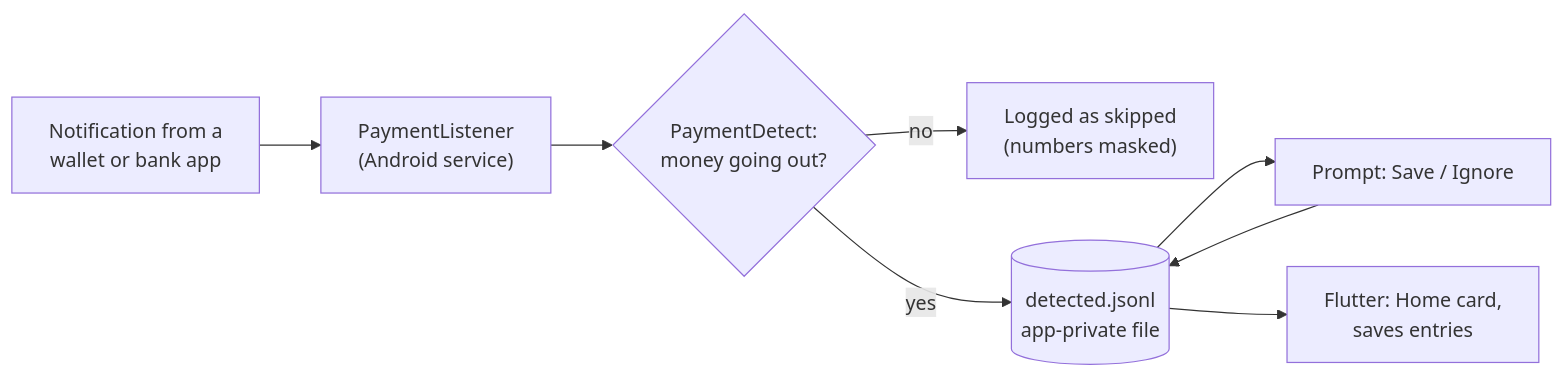
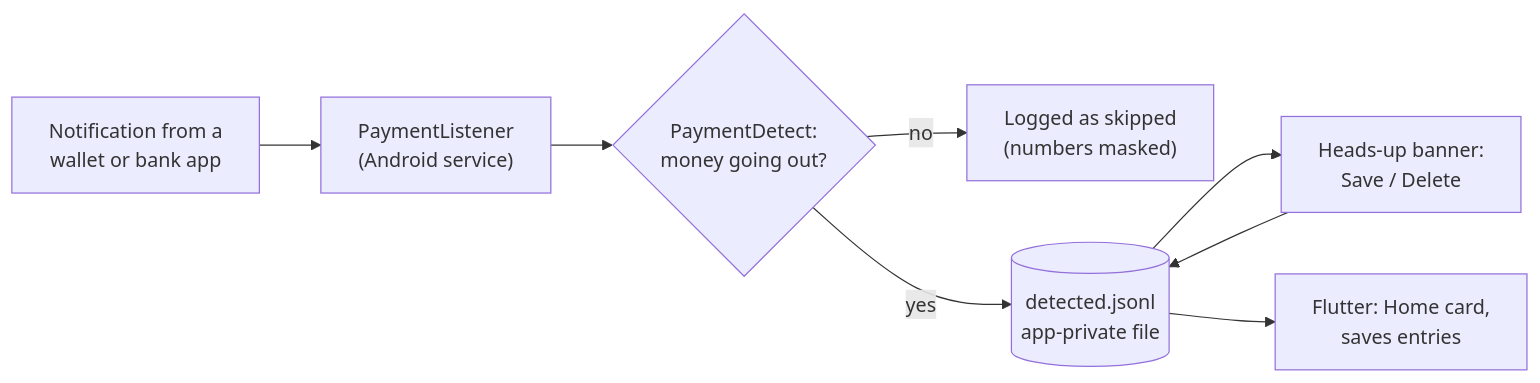
One commit to Liew2005/cukup-releases changed the fourth of 4 diagrams in docs/ARCHITECTURE.md. Above: the diagram before and after it, drawn with Mermaid. The commit also changed other lines of this file and 32 other files, not shown here.

First line of the commit message:
Confirm-before-save banner, Google Wallet, custom categories; docs updated

````diff
--- a/docs/ARCHITECTURE.md
+++ b/docs/ARCHITECTURE.md
@@ -99,10 +99,10 @@
 ```mermaid
 flowchart LR
     N["Notification from a<br/>wallet or bank app"] --> L["PaymentListener<br/>(Android service)"]
     L --> D{"PaymentDetect:<br/>money going out?"}
     D -- no --> S["Logged as skipped<br/>(numbers masked)"]
     D -- yes --> F[("detected.jsonl<br/>app-private file")]
-    F --> P["Prompt: Save / Ignore"]
+    F --> P["Heads-up banner:<br/>Save / Delete"]
     P --> F
     F --> A["Flutter: Home card,<br/>saves entries"]
 ```
````
